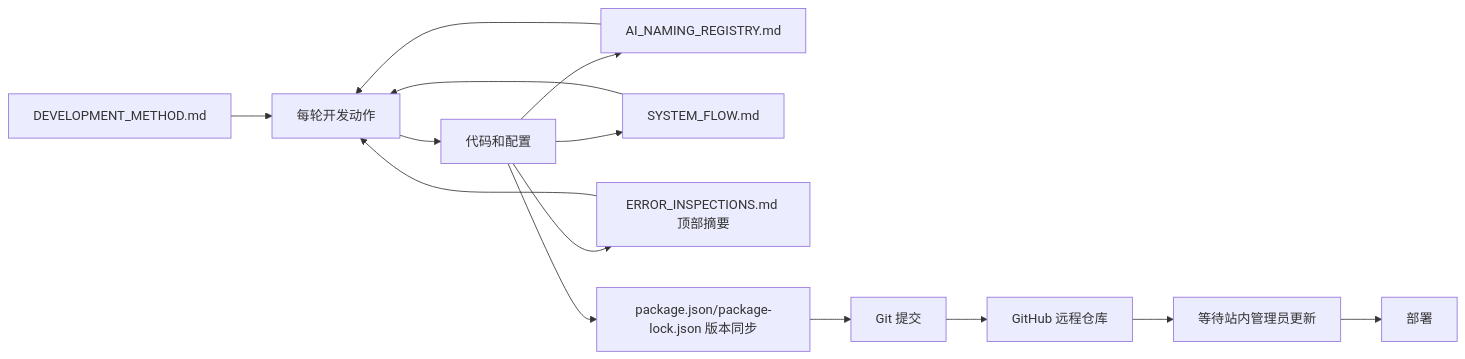
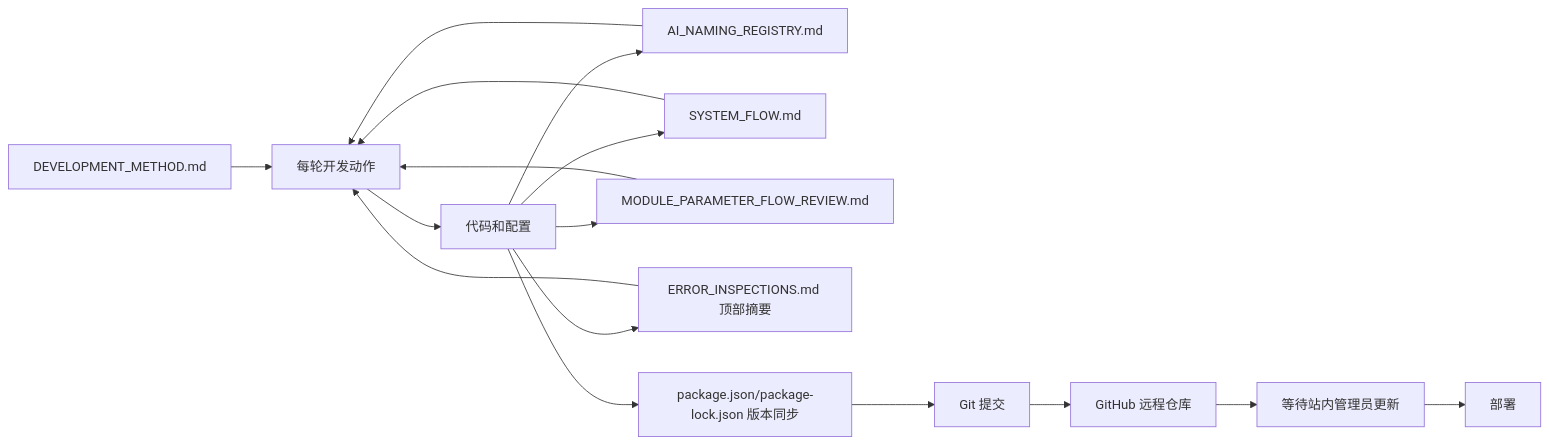
One commit to ttmanthatman/virtual-human-flow changed the second of 31 diagrams in docs/SYSTEM_FLOW.md. Above: the diagram before and after it, drawn with Mermaid. The commit also changed other lines of this file and 5 other files, not shown here.

Commit message:
docs: add module parameter flow review

````diff
--- a/docs/SYSTEM_FLOW.md
+++ b/docs/SYSTEM_FLOW.md
@@ -67,16 +67,18 @@
 ```mermaid
 flowchart LR
     DM[DEVELOPMENT_METHOD.md] --> WORK[每轮开发动作]
     NR[AI_NAMING_REGISTRY.md] --> WORK
     SF[SYSTEM_FLOW.md] --> WORK
+    MPR[MODULE_PARAMETER_FLOW_REVIEW.md] --> WORK
     EI[ERROR_INSPECTIONS.md 顶部摘要] --> WORK
     WORK --> CODE[代码和配置]
     CODE --> NR
     CODE --> SF
+    CODE --> MPR
     CODE --> EI
     CODE --> VER[package.json/package-lock.json 版本同步]
     VER --> GIT[Git 提交]
     GIT --> GH[GitHub 远程仓库]
     GH --> WAIT[等待站内管理员更新]
     WAIT --> VPS[<production-domain> 部署]
 ```
````
